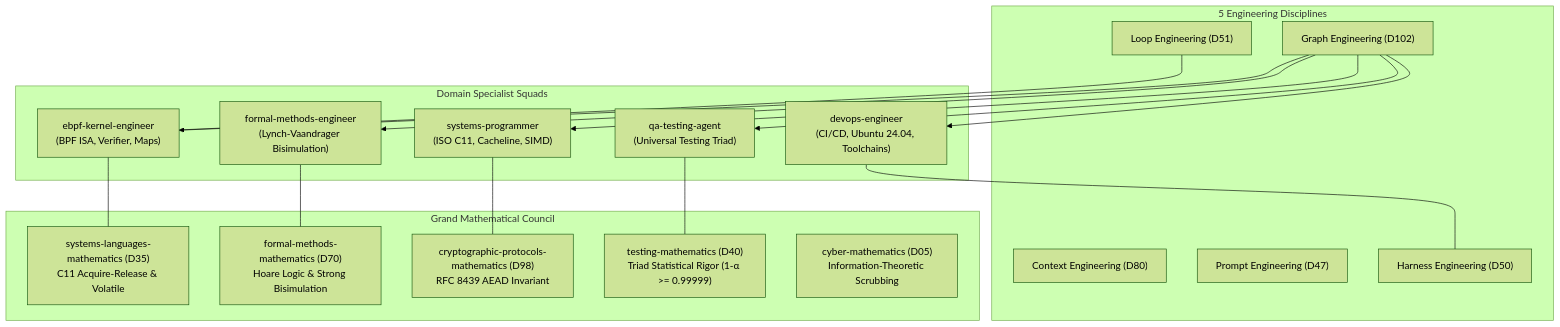
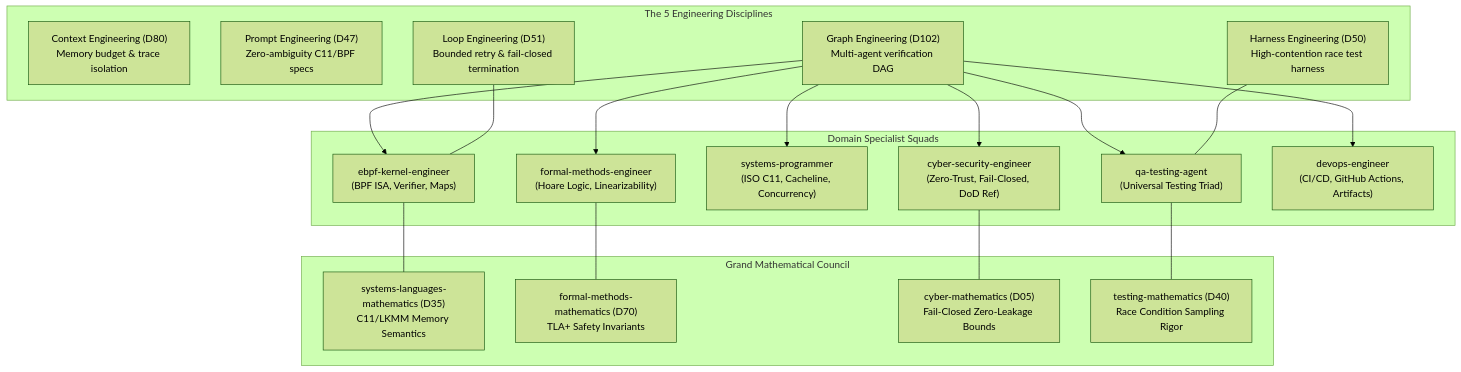
One commit to techdeveloper-org/starlink-research-report changed the diagram in implementation_plan.md. Above: the diagram before and after it, drawn with Mermaid (forest theme). The commit also changed other lines of this file and 8 other files, not shown here.

Commit message:
fix(security): eliminate XDP fail-open path, formalize Seqlock concurrency proof & publish CI verification evidence (#17)

````diff
--- a/implementation_plan.md
+++ b/implementation_plan.md
@@ -43,34 +50,34 @@
 ```mermaid
 flowchart TD
-    subgraph D_ENG["5 Engineering Disciplines"]
-        CE["Context Engineering (D80)"]
-        PE["Prompt Engineering (D47)"]
-        GE["Graph Engineering (D102)"]
-        LE["Loop Engineering (D51)"]
-        HE["Harness Engineering (D50)"]
+    subgraph D_ENG["The 5 Engineering Disciplines"]
+        CE["Context Engineering (D80)<br/>Memory budget & trace isolation"]
+        PE["Prompt Engineering (D47)<br/>Zero-ambiguity C11/BPF specs"]
+        GE["Graph Engineering (D102)<br/>Multi-agent verification DAG"]
+        LE["Loop Engineering (D51)<br/>Bounded retry & fail-closed termination"]
+        HE["Harness Engineering (D50)<br/>High-contention race test harness"]
     end
 
     subgraph SQUADS["Domain Specialist Squads"]
         EBPF["ebpf-kernel-engineer<br/>(BPF ISA, Verifier, Maps)"]
-        SYS["systems-programmer<br/>(ISO C11, Cacheline, SIMD)"]
-        FORMAL["formal-methods-engineer<br/>(Lynch-Vaandrager Bisimulation)"]
+        SEC["cyber-security-engineer<br/>(Zero-Trust, Fail-Closed, DoD Ref)"]
+        SYS["systems-programmer<br/>(ISO C11, Cacheline, Concurrency)"]
+        FORMAL["formal-methods-engineer<br/>(Hoare Logic, Linearizability)"]
         QA["qa-testing-agent<br/>(Universal Testing Triad)"]
-        DEVOPS["devops-engineer<br/>(CI/CD, Ubuntu 24.04, Toolchains)"]
+        DEVOPS["devops-engineer<br/>(CI/CD, GitHub Actions, Artifacts)"]
     end
 
-    subgraph MATH_MASTERS["Grand Mathematical Council"]
-        M35["systems-languages-mathematics (D35)<br/>C11 Acquire-Release & Volatile"]
-        M70["formal-methods-mathematics (D70)<br/>Hoare Logic & Strong Bisimulation"]
-        M98["cryptographic-protocols-mathematics (D98)<br/>RFC 8439 AEAD Invariant"]
-        M40["testing-mathematics (D40)<br/>Triad Statistical Rigor (1-α >= 0.99999)"]
-        M05["cyber-mathematics (D05)<br/>Information-Theoretic Scrubbing"]
+    subgraph MATH_COUNCIL["Grand Mathematical Council"]
+        M35["systems-languages-mathematics (D35)<br/>C11/LKMM Memory Semantics"]
+        M70["formal-methods-mathematics (D70)<br/>TLA+ Safety Invariants"]
+        M05["cyber-mathematics (D05)<br/>Fail-Closed Zero-Leakage Bounds"]
+        M40["testing-mathematics (D40)<br/>Race Condition Sampling Rigor"]
     end
 
-    GE --> EBPF & SYS & FORMAL & QA & DEVOPS
+    GE --> EBPF & SEC & SYS & FORMAL & QA & DEVOPS
     EBPF --- M35
-    SYS --- M98
+    SEC --- M05
     FORMAL --- M70
     QA --- M40
-    DEVOPS --- HE
     LE --- EBPF
+    HE --- QA
 ```
````
